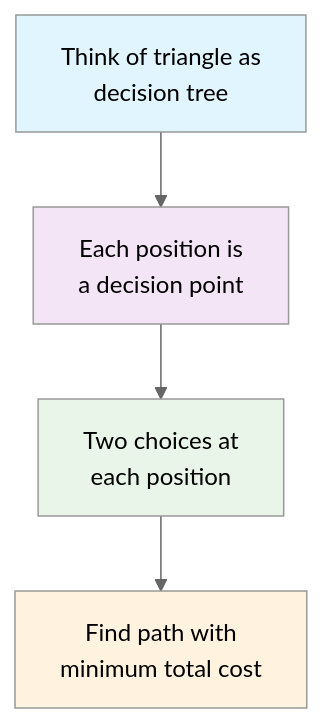
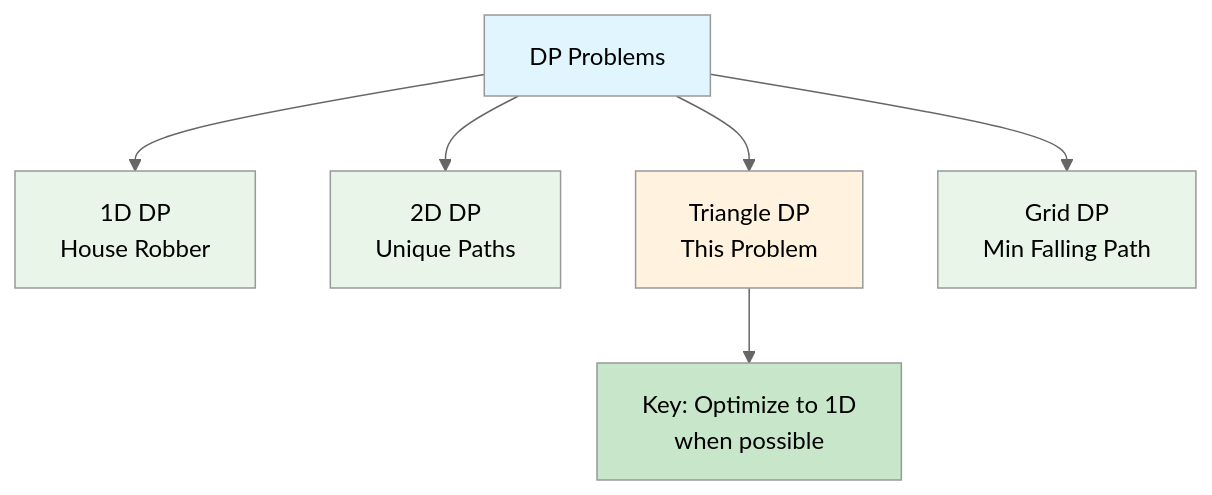
One commit to LuckyLongre123/DSA_CPP changed diagram 17 of 18 in Day_042/README.md. Above: the diagram before and after it, drawn with Mermaid (neutral theme). The commit also changed other lines of this file and 22 other files, not shown here.

````diff
--- a/Day_042/README.md
+++ b/Day_042/README.md
@@ -596,11 +920,16 @@
 ```mermaid
-graph TD
-    A[Think of triangle as<br/>decision tree] --> B[Each position is<br/>a decision point]
-    B --> C[Two choices at<br/>each position]
-    C --> D[Find path with<br/>minimum total cost]
+flowchart TD
+    A["DP Problems"] --> B["1D DP<br/>House Robber"]
+    A --> C["2D DP<br/>Unique Paths"]
+    A --> D["Triangle DP<br/>This Problem"]
+    A --> E["Grid DP<br/>Min Falling Path"]
+    
+    D --> F["Key: Optimize to 1D<br/>when possible"]
     
     style A fill:#e1f5fe
-    style B fill:#f3e5f5
+    style B fill:#e8f5e8
     style C fill:#e8f5e8
     style D fill:#fff3e0
+    style E fill:#e8f5e8
+    style F fill:#c8e6c9
 ```
````
